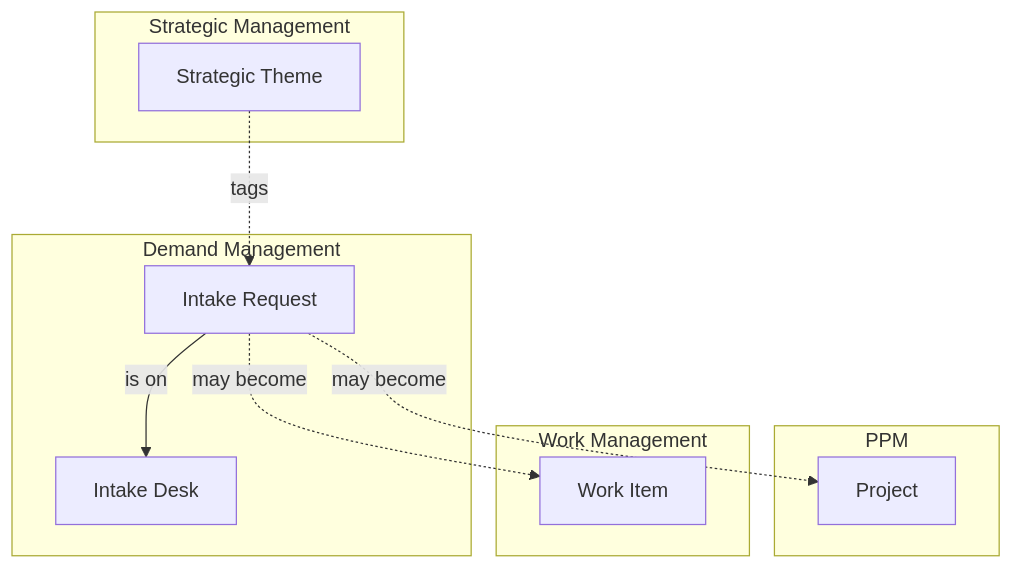
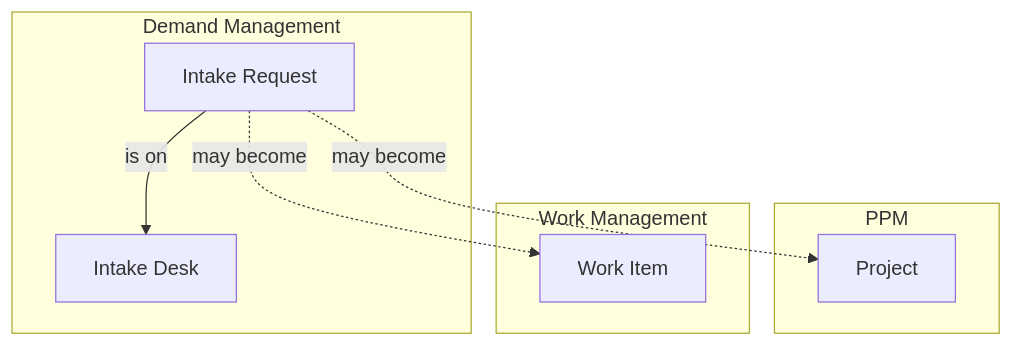
The diagram in docs/user-guide/demand-management/index.mdx (destacey/Wayd), drawn with Mermaid before and after one commit. The commit also changed other lines of this file and 24 other files, not shown here.

````diff
--- a/docs/user-guide/demand-management/index.mdx
+++ b/docs/user-guide/demand-management/index.mdx
@@ -18,21 +18,17 @@
 ```mermaid
 graph TD
     subgraph "Demand Management"
         Desk["Intake Desk"]
         Req["Intake Request"]
     end
     subgraph "PPM"
         Proj["Project"]
     end
     subgraph "Work Management"
         WI["Work Item"]
     end
-    subgraph "Strategic Management"
-        ST["Strategic Theme"]
-    end
 
     Req -->|is on| Desk
-    ST -.->|tags| Req
     Req -.->|may become| Proj
     Req -.->|may become| WI
 ```
````
